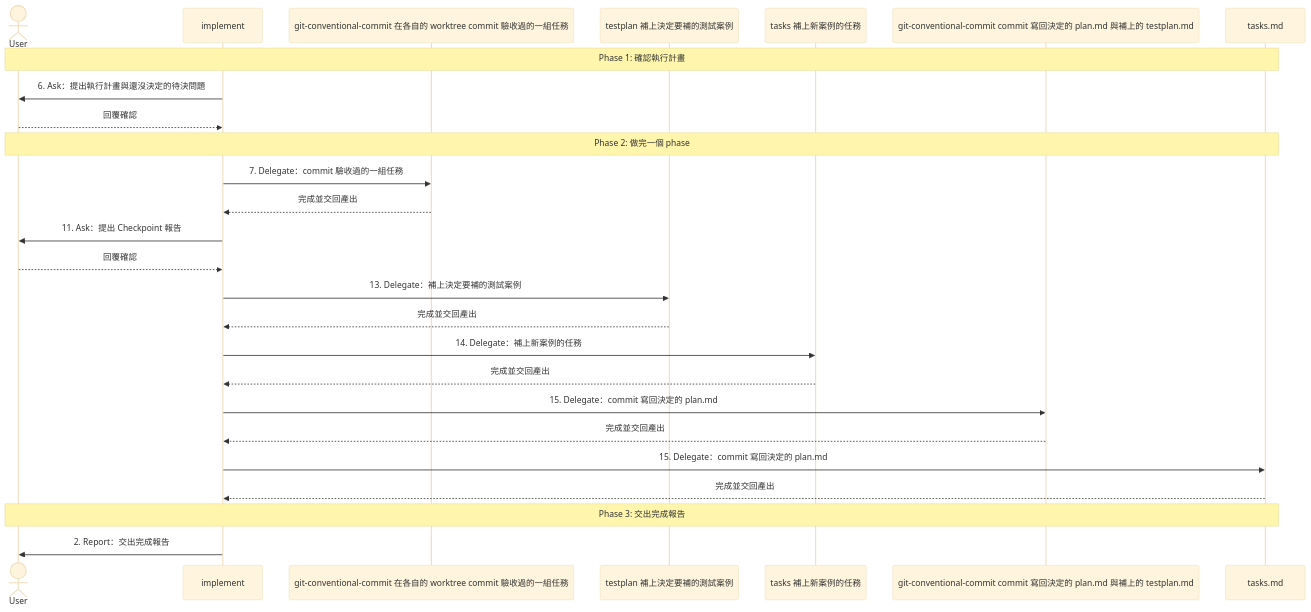
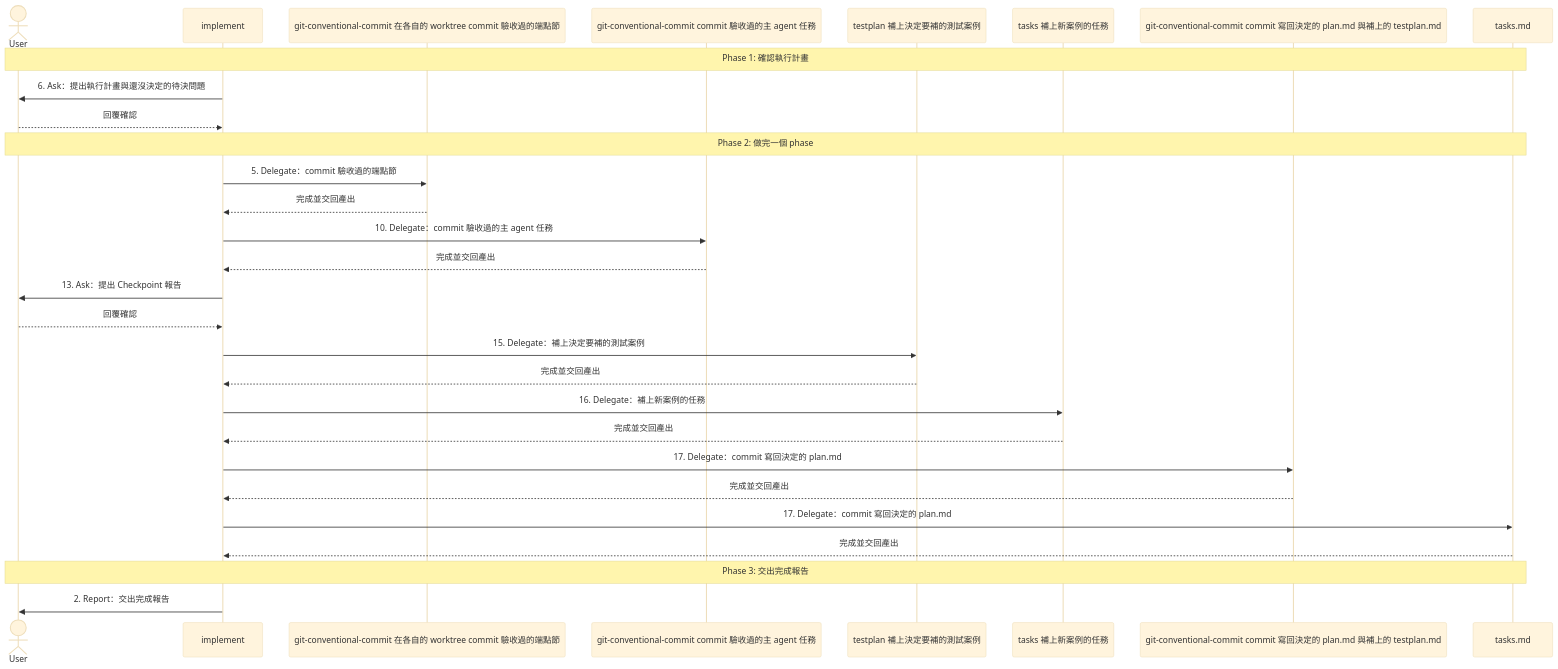
Before and after one commit to AI-x-BDD/BDGG-Dev-Skills: the second of 2 diagrams in .agents/skills/implement/SKILL.md, drawn with Mermaid (base theme). The commit also changed other lines of this file and 3 other files, not shown here.

````diff
--- a/.agents/skills/implement/SKILL.md
+++ b/.agents/skills/implement/SKILL.md
@@ -130,28 +136,31 @@
 ```mermaid
 sequenceDiagram
     actor User
     participant Main as implement
-    participant Sub_1 as git-conventional-commit 在各自的 worktree commit 驗收過的一組任務
-    participant Sub_2 as testplan 補上決定要補的測試案例
-    participant Sub_3 as tasks 補上新案例的任務
-    participant Sub_4 as git-conventional-commit commit 寫回決定的 plan.md 與補上的 testplan.md
-    participant Sub_5 as tasks.md
-    Note over User,Sub_5: Phase 1: 確認執行計畫
+    participant Sub_1 as git-conventional-commit 在各自的 worktree commit 驗收過的端點節
+    participant Sub_2 as git-conventional-commit commit 驗收過的主 agent 任務
+    participant Sub_3 as testplan 補上決定要補的測試案例
+    participant Sub_4 as tasks 補上新案例的任務
+    participant Sub_5 as git-conventional-commit commit 寫回決定的 plan.md 與補上的 testplan.md
+    participant Sub_6 as tasks.md
+    Note over User,Sub_6: Phase 1: 確認執行計畫
     Main->>User: 6. Ask：提出執行計畫與還沒決定的待決問題
     User-->>Main: 回覆確認
-    Note over User,Sub_5: Phase 2: 做完一個 phase
-    Main->>Sub_1: 7. Delegate：commit 驗收過的一組任務
+    Note over User,Sub_6: Phase 2: 做完一個 phase
+    Main->>Sub_1: 5. Delegate：commit 驗收過的端點節
     Sub_1-->>Main: 完成並交回產出
-    Main->>User: 11. Ask：提出 Checkpoint 報告
+    Main->>Sub_2: 10. Delegate：commit 驗收過的主 agent 任務
+    Sub_2-->>Main: 完成並交回產出
+    Main->>User: 13. Ask：提出 Checkpoint 報告
     User-->>Main: 回覆確認
-    Main->>Sub_2: 13. Delegate：補上決定要補的測試案例
-    Sub_2-->>Main: 完成並交回產出
-    Main->>Sub_3: 14. Delegate：補上新案例的任務
+    Main->>Sub_3: 15. Delegate：補上決定要補的測試案例
     Sub_3-->>Main: 完成並交回產出
-    Main->>Sub_4: 15. Delegate：commit 寫回決定的 plan.md
+    Main->>Sub_4: 16. Delegate：補上新案例的任務
     Sub_4-->>Main: 完成並交回產出
-    Main->>Sub_5: 15. Delegate：commit 寫回決定的 plan.md
+    Main->>Sub_5: 17. Delegate：commit 寫回決定的 plan.md
     Sub_5-->>Main: 完成並交回產出
-    Note over User,Sub_5: Phase 3: 交出完成報告
+    Main->>Sub_6: 17. Delegate：commit 寫回決定的 plan.md
+    Sub_6-->>Main: 完成並交回產出
+    Note over User,Sub_6: Phase 3: 交出完成報告
     Main->>User: 2. Report：交出完成報告
 ```
````
